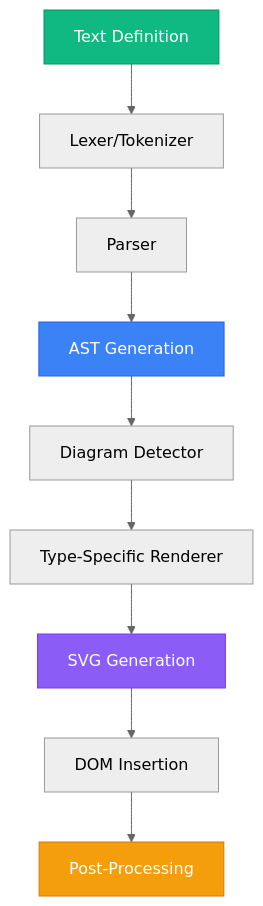
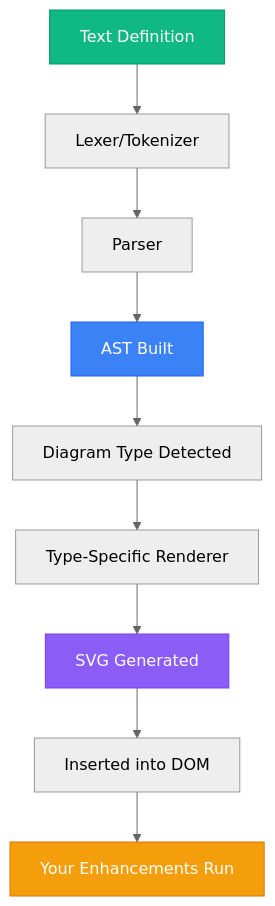
The third of 4 diagrams in Mostlylucid/Markdown/mermaid-js-deep-dive.md (Shaddix/mostlylucidweb), drawn with Mermaid (neutral theme) before and after one commit. The commit also changed other lines of this file, not shown here.

First line of the commit message:
Rewrite Mermaid.js deep dive in blog's style with proper references

````diff
--- a/Mostlylucid/Markdown/mermaid-js-deep-dive.md
+++ b/Mostlylucid/Markdown/mermaid-js-deep-dive.md
@@ -67,16 +66,16 @@
 ```mermaid
 graph TD
     A[Text Definition] --> B[Lexer/Tokenizer]
     B --> C[Parser]
-    C --> D[AST Generation]
-    D --> E[Diagram Detector]
+    C --> D[AST Built]
+    D --> E[Diagram Type Detected]
     E --> F[Type-Specific Renderer]
-    F --> G[SVG Generation]
-    G --> H[DOM Insertion]
-    H --> I[Post-Processing]
+    F --> G[SVG Generated]
+    G --> H[Inserted into DOM]
+    H --> I[Your Enhancements Run]
 
     style A fill:#10b981,stroke:#059669,color:#fff
     style D fill:#3b82f6,stroke:#2563eb,color:#fff
     style G fill:#8b5cf6,stroke:#7c3aed,color:#fff
     style I fill:#f59e0b,stroke:#d97706,color:#fff
 ```
````
